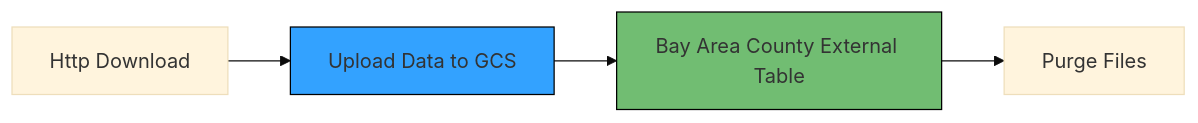
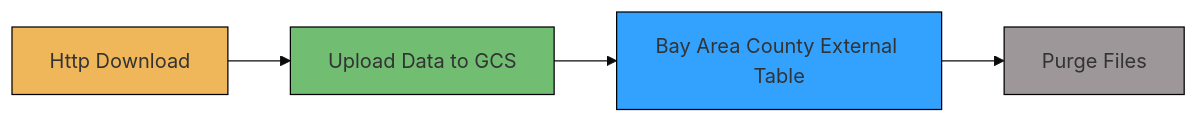
One commit to 3d150n-marc3l0/de-zoomcamp-2025-capstone-baywheels changed the first of 3 diagrams in kestra/README.md. Above: the diagram before and after it, drawn with Mermaid (base theme). The commit also changed other lines of this file and 14 other files, not shown here.

````diff
--- a/kestra/README.md
+++ b/kestra/README.md
@@ -75,9 +115,11 @@
 ```mermaid
 graph LR
-    HttpDownload[Http Download] --> UploadToGCS[Upload Data to GCS]:::yellow
-    UploadToGCS --> BQBayAreaCountyTableExt[Bay Area County External Table]:::green
-    BQBayAreaCountyTableExt --> PurgeFiles[Purge Files]
+    HttpDownload[Http Download]:::download --> UploadToGCS[Upload Data to GCS]:::gsc
+    UploadToGCS --> BQBayAreaCountyTableExt[Bay Area County External Table]:::bq
+    BQBayAreaCountyTableExt --> PurgeFiles[Purge Files]:::purge
 
-classDef yellow fill:#33a2ff,stroke:#000,stroke-width:1px;
-classDef green fill:#71bd72,stroke:#000,stroke-width:1px;
+classDef download fill:#f0b75a,stroke:#000,stroke-width:1px;
+classDef bq fill:#33a2ff,stroke:#000,stroke-width:1px;
+classDef gsc fill:#71bd72,stroke:#000,stroke-width:1px;
+classDef purge fill:#9e979a,stroke:#000,stroke-width:1px;
 ```
````
